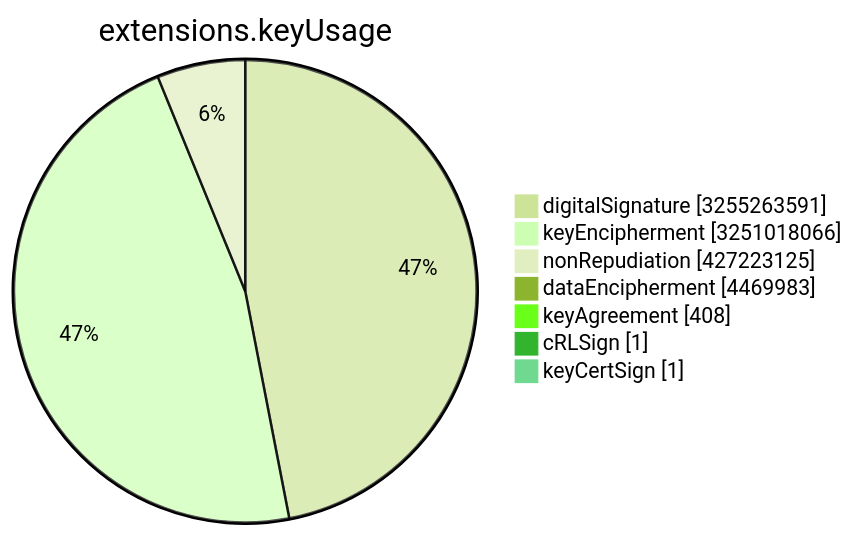
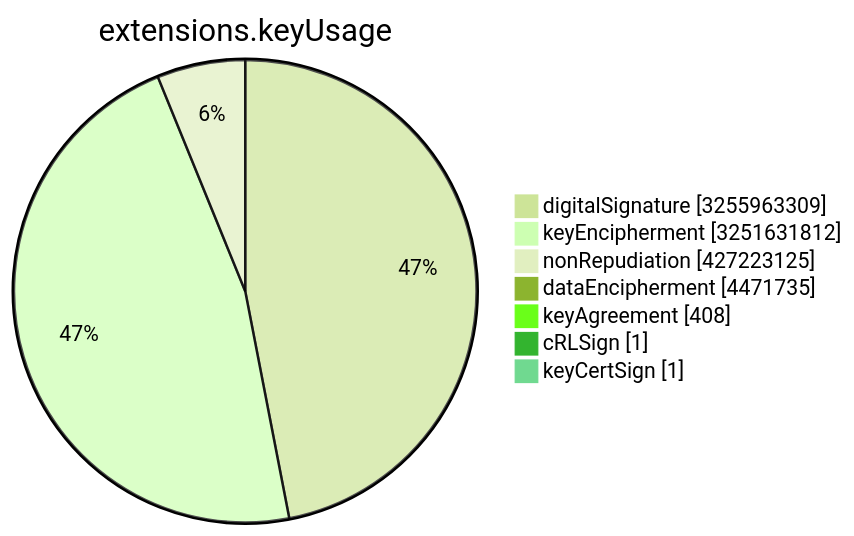
The sixth of 15 diagrams in TOTAL/README.md (christiankrug/ctmonitor_visualization), drawn with Mermaid (forest theme) before and after one commit. The commit also changed other lines of this file, not shown here.

````diff
--- a/TOTAL/README.md
+++ b/TOTAL/README.md
@@ -3078,11 +3078,11 @@
 ```mermaid
 pie showData
 title extensions.keyUsage
-"digitalSignature" :3255263591
-"keyEncipherment" :3251018066
+"digitalSignature" :3255963309
+"keyEncipherment" :3251631812
 "nonRepudiation" :427223125
-"dataEncipherment" :4469983
+"dataEncipherment" :4471735
 "keyAgreement" :408
 "cRLSign" :1
 "keyCertSign" :1
 ```
````
